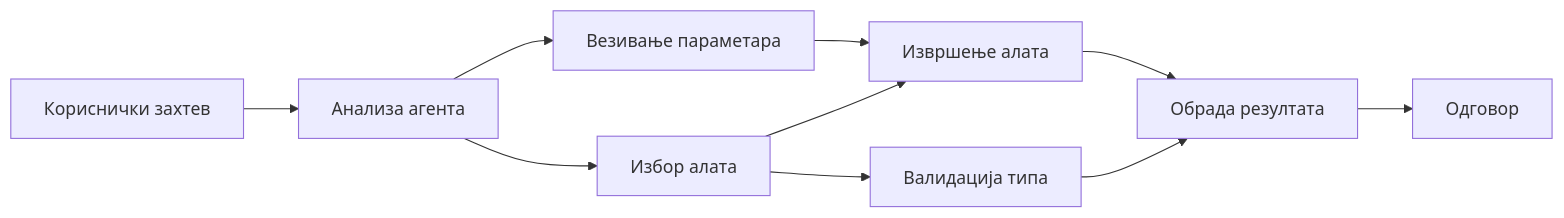
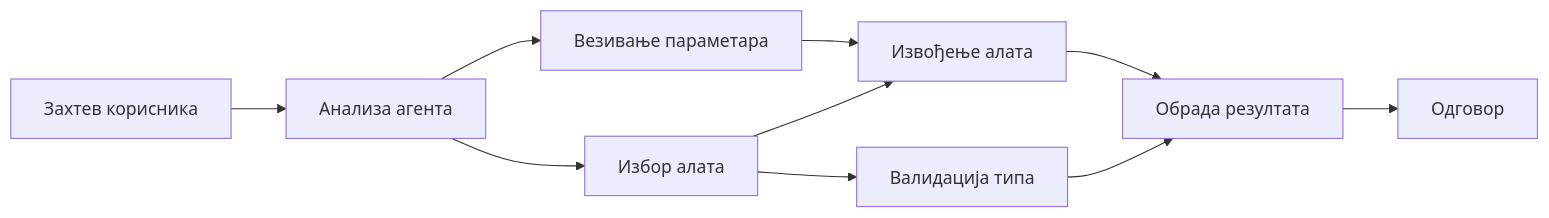
The diagram in translations/sr/04-tool-use/code_samples/04-dotnet-agent-framework.md (venturemavenwill/azureaifundamentals), drawn with Mermaid before and after one commit. The commit also changed other lines of this file and 2002 other files, not shown here.

````diff
--- a/translations/sr/04-tool-use/code_samples/04-dotnet-agent-framework.md
+++ b/translations/sr/04-tool-use/code_samples/04-dotnet-agent-framework.md
@@ -40,12 +40,12 @@
 ```mermaid
 graph LR
-    A[Кориснички захтев] --> B[Анализа агента]
+    A[Захтев корисника] --> B[Анализа агента]
     B --> C[Избор алата]
     C --> D[Валидација типа]
     B --> E[Везивање параметара]
-    E --> F[Извршење алата]
+    E --> F[Извођење алата]
     C --> F
     F --> G[Обрада резултата]
     D --> G
     G --> H[Одговор]
 ```
````
